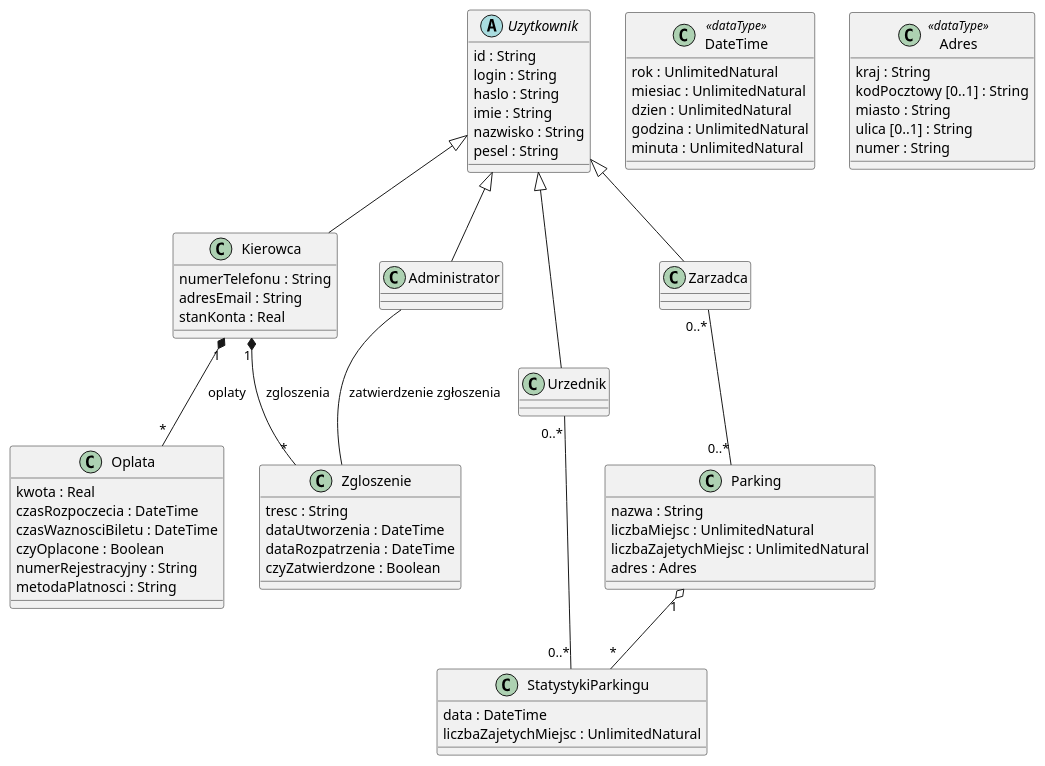
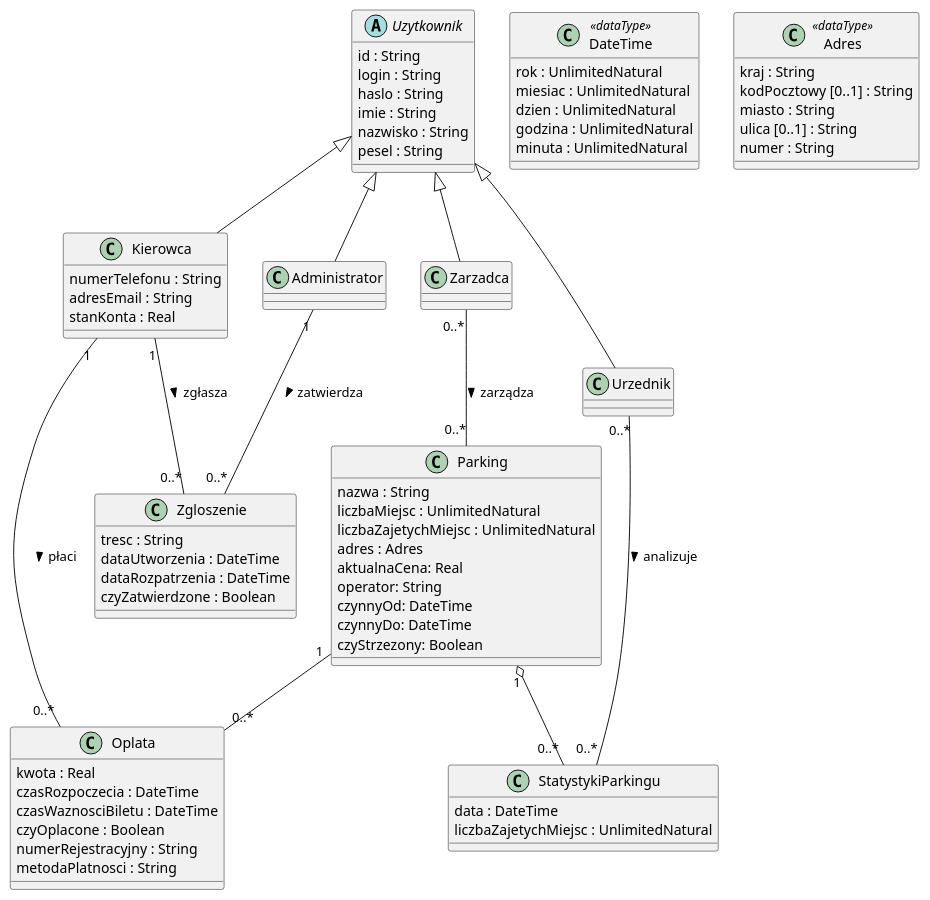
Before and after one commit to StanislawPodr/studia: the diagram in cwiczenia/pioSem4/diagramKlas.pu, drawn with PlantUML. The commit also changed 1 other file, not shown here.

Commit message:
polepszenie diagramow

```diff
--- a/cwiczenia/pioSem4/diagramKlas.pu
+++ b/cwiczenia/pioSem4/diagramKlas.pu
@@ -1,87 +1,93 @@
 @startuml diagramKlasParkingAplikacja
 
 class DateTime <<dataType>> {
   rok : UnlimitedNatural
   miesiac : UnlimitedNatural
   dzien : UnlimitedNatural
   godzina : UnlimitedNatural
   minuta : UnlimitedNatural
 }
 
 abstract class Uzytkownik {
   id : String
   login : String
   haslo : String
   imie : String
   nazwisko : String
   pesel : String
 }
 
 class Kierowca {
   numerTelefonu : String
   adresEmail : String
   stanKonta : Real
 }
 
 class Administrator {
 }
 
 class Urzednik {
 }
 
 class Zarzadca {
 }
 
 class Oplata {
   kwota : Real
   czasRozpoczecia : DateTime
   czasWaznosciBiletu : DateTime
   czyOplacone : Boolean
   numerRejestracyjny : String
   metodaPlatnosci : String
 }
 
 class Zgloszenie {
   tresc : String
   dataUtworzenia : DateTime
   dataRozpatrzenia : DateTime
   czyZatwierdzone : Boolean
 }
 
 class Parking {
   nazwa : String
   liczbaMiejsc : UnlimitedNatural
   liczbaZajetychMiejsc : UnlimitedNatural
   adres : Adres
+  aktualnaCena: Real
+  operator: String
+  czynnyOd: DateTime
+  czynnyDo: DateTime
+  czyStrzezony: Boolean
 }
 
 class StatystykiParkingu {
   data : DateTime
   liczbaZajetychMiejsc : UnlimitedNatural
 }
 
 class Adres <<dataType>> {
   kraj : String
   kodPocztowy [0..1] : String
   miasto : String
   ulica [0..1] : String
   numer : String
 }
 
 Kierowca -up-|> Uzytkownik
 Administrator -up-|> Uzytkownik
 Urzednik -up-|> Uzytkownik
 Zarzadca -up-|> Uzytkownik
 
-Kierowca "1" *-- "*" Oplata : oplaty
-Kierowca "1" *-- "*" Zgloszenie : zgloszenia
+Kierowca "1" -- "0..*" Oplata : płaci >
+Kierowca "1" -- "0..*" Zgloszenie : zgłasza >
 
-Administrator -- Zgloszenie : zatwierdzenie zgłoszenia
+Administrator "1" -- "0..*" Zgloszenie : zatwierdza >
 
-Urzednik "0..*" -- "0..*" StatystykiParkingu
+Urzednik "0..*" -- "0..*" StatystykiParkingu : analizuje >
 
-Zarzadca "0..*" -- "0..*" Parking
+Zarzadca "0..*" -- "0..*" Parking : zarządza >
 
-Parking "1" o-- "*" StatystykiParkingu
+Parking "1" o-- "0..*" StatystykiParkingu
+Parking "1" -- "0..*" Oplata
 
 @enduml
```
